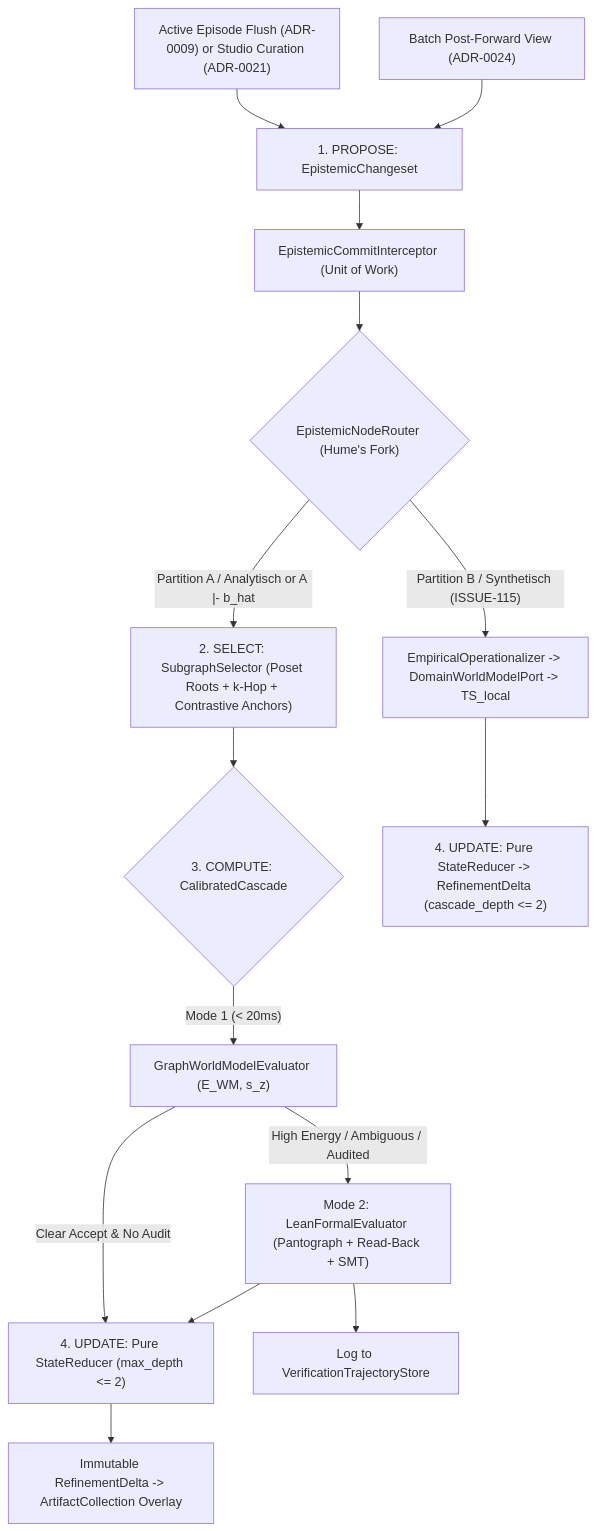
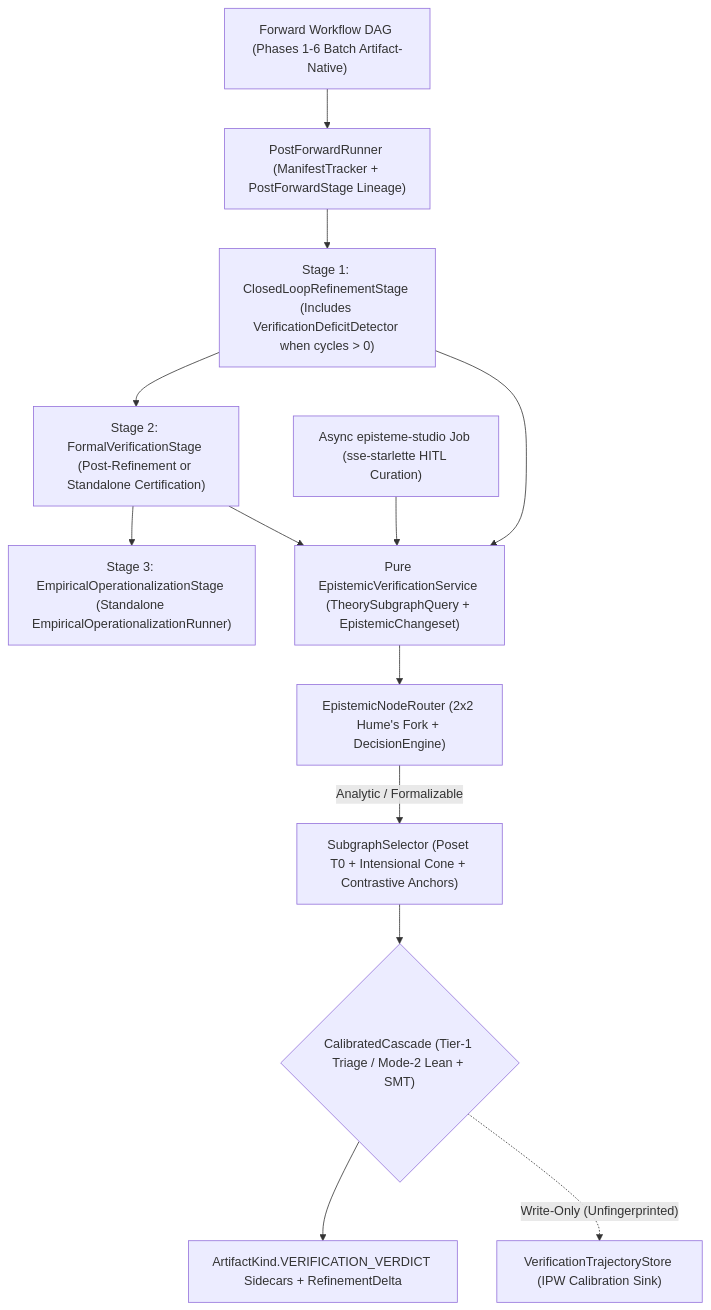
The diagram in issues/12-neuro-symbolic-world-models-and-lean/ISSUE-111-core-epistemic-commit-interceptor-and-operator-algebra.md (maxoem/EpistemeX), drawn with Mermaid before and after one commit. The commit also changed other lines of this file and 17 other files, not shown here.

Commit message:
feat(issues): including a refactoring plan and target architecture map

````diff
--- a/issues/12-neuro-symbolic-world-models-and-lean/ISSUE-111-core-epistemic-commit-interceptor-and-operator-algebra.md
+++ b/issues/12-neuro-symbolic-world-models-and-lean/ISSUE-111-core-epistemic-commit-interceptor-and-operator-algebra.md
@@ -32,17 +33,15 @@
 ```mermaid
 flowchart TD
-    Active["Active Episode Flush (ADR-0009) or Studio Curation (ADR-0021)"] --> Propose["1. PROPOSE: EpistemicChangeset"]
-    Batch["Batch Post-Forward View (ADR-0024)"] --> Propose
-    Propose --> Interceptor["EpistemicCommitInterceptor (Unit of Work)"]
-    Interceptor --> Router{"EpistemicNodeRouter (Hume's Fork)"}
-    Router -->|"Partition B / Synthetisch (ISSUE-115)"| Empirical["EmpiricalOperationalizer -> DomainWorldModelPort -> TS_local"]
-    Router -->|"Partition A / Analytisch or A |- b_hat"| Select["2. SELECT: SubgraphSelector (Poset Roots + k-Hop + Contrastive Anchors)"]
-    Select --> Cascade{"3. COMPUTE: CalibratedCascade"}
-    Empirical --> Update["4. UPDATE: Pure StateReducer -> RefinementDelta (cascade_depth <= 2)"]
-    Cascade -->|"Mode 1 (< 20ms)"| WM["GraphWorldModelEvaluator (E_WM, s_z)"]
-    WM -->|"Clear Accept & No Audit"| Reduce
-    WM -->|"High Energy / Ambiguous / Audited"| Lean["Mode 2: LeanFormalEvaluator (Pantograph + Read-Back + SMT)"]
-    Lean --> Replay["Log to VerificationTrajectoryStore"]
-    Lean --> Reduce["4. UPDATE: Pure StateReducer (max_depth <= 2)"]
-    Reduce --> Delta["Immutable RefinementDelta -> ArtifactCollection Overlay"]
+    DAG["Forward Workflow DAG (Phases 1-6 Batch Artifact-Native)"] --> Post["PostForwardRunner (ManifestTracker + PostForwardStage Lineage)"]
+    Post --> S1["Stage 1: ClosedLoopRefinementStage (Includes VerificationDeficitDetector when cycles > 0)"]
+    S1 --> S2["Stage 2: FormalVerificationStage (Post-Refinement or Standalone Certification)"]
+    S2 --> S3["Stage 3: EmpiricalOperationalizationStage (Standalone EmpiricalOperationalizationRunner)"]
+    Studio["Async episteme-studio Job (sse-starlette HITL Curation)"] --> VService["Pure EpistemicVerificationService (TheorySubgraphQuery + EpistemicChangeset)"]
+    S1 --> VService
+    S2 --> VService
+    VService --> Router["EpistemicNodeRouter (2x2 Hume's Fork + DecisionEngine)"]
+    Router -->|"Analytic / Formalizable"| Select["SubgraphSelector (Poset T0 + Intensional Cone + Contrastive Anchors)"]
+    Select --> Cascade{"CalibratedCascade (Tier-1 Triage / Mode-2 Lean + SMT)"}
+    Cascade --> Sidecar["ArtifactKind.VERIFICATION_VERDICT Sidecars + RefinementDelta"]
+    Cascade -.->|"Write-Only (Unfingerprinted)"| Sink["VerificationTrajectoryStore (IPW Calibration Sink)"]
 ```
````
